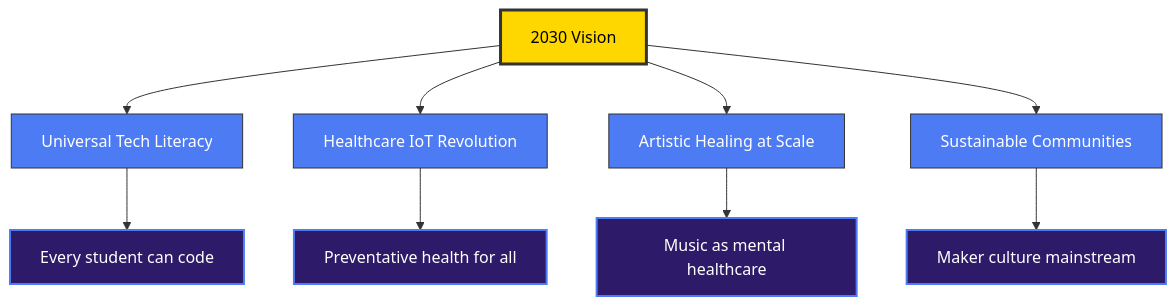
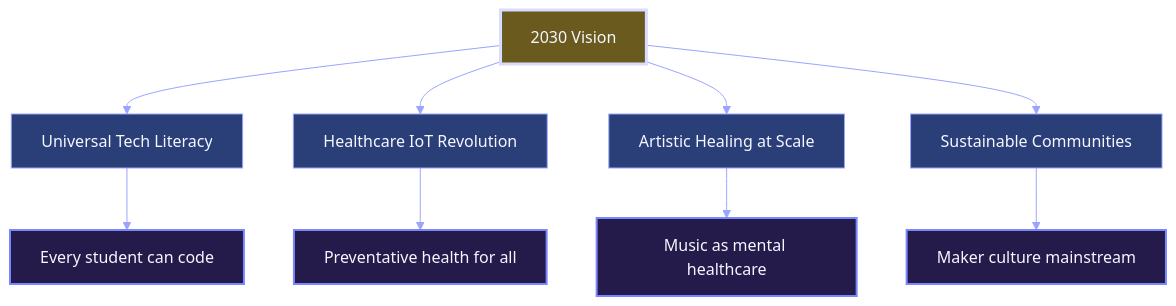
One commit to Tim-Spurlin/Christian-Kota-Contributions-Snapshot changed diagram 11 of 11 in README.md. Above: the diagram before and after it, drawn with Mermaid. The commit also changed other lines of this file, not shown here.

Commit message:
Improve Mermaid diagram contrast across README

````diff
--- a/README.md
+++ b/README.md
@@ -624,22 +633,23 @@
 ```mermaid
+%%{init: {'theme':'base', 'themeVariables': { 'background':'#0f1220', 'primaryColor':'#2b2f55', 'primaryTextColor':'#f5f7ff', 'primaryBorderColor':'#7a86ff', 'lineColor':'#9aa4ff', 'secondaryColor':'#243b53', 'tertiaryColor':'#3f2a56', 'clusterBkg':'#1a1f38', 'clusterBorder':'#7a86ff', 'fontSize':'16px'}}}%%
 graph TB
     A[2030 Vision] --> B[Universal Tech Literacy]
     A --> C[Healthcare IoT Revolution]
     A --> D[Artistic Healing at Scale]
     A --> E[Sustainable Communities]
     
     B --> F[Every student can code]
     C --> G[Preventative health for all]
     D --> H[Music as mental healthcare]
     E --> I[Maker culture mainstream]
     
-    style A fill:#FFD700,stroke:#333,stroke-width:3px,color:#000
-    style B fill:#4c7bf3,stroke:#333,color:#fff
-    style C fill:#4c7bf3,stroke:#333,color:#fff
-    style D fill:#4c7bf3,stroke:#333,color:#fff
-    style E fill:#4c7bf3,stroke:#333,color:#fff
-    style F fill:#2d1b69,stroke:#4c7bf3,stroke-width:2px,color:#fff
-    style G fill:#2d1b69,stroke:#4c7bf3,stroke-width:2px,color:#fff
-    style H fill:#2d1b69,stroke:#4c7bf3,stroke-width:2px,color:#fff
-    style I fill:#2d1b69,stroke:#4c7bf3,stroke-width:2px,color:#fff
+    style A fill:#6b5a1e,stroke:#d8dcff,stroke-width:3px,color:#f5f7ff
+    style B fill:#2a3f78,stroke:#9aa4ff,color:#f5f7ff
+    style C fill:#2a3f78,stroke:#9aa4ff,color:#f5f7ff
+    style D fill:#2a3f78,stroke:#9aa4ff,color:#f5f7ff
+    style E fill:#2a3f78,stroke:#9aa4ff,color:#f5f7ff
+    style F fill:#241b4a,stroke:#7a86ff,stroke-width:2px,color:#f5f7ff
+    style G fill:#241b4a,stroke:#7a86ff,stroke-width:2px,color:#f5f7ff
+    style H fill:#241b4a,stroke:#7a86ff,stroke-width:2px,color:#f5f7ff
+    style I fill:#241b4a,stroke:#7a86ff,stroke-width:2px,color:#f5f7ff
 ```
````
